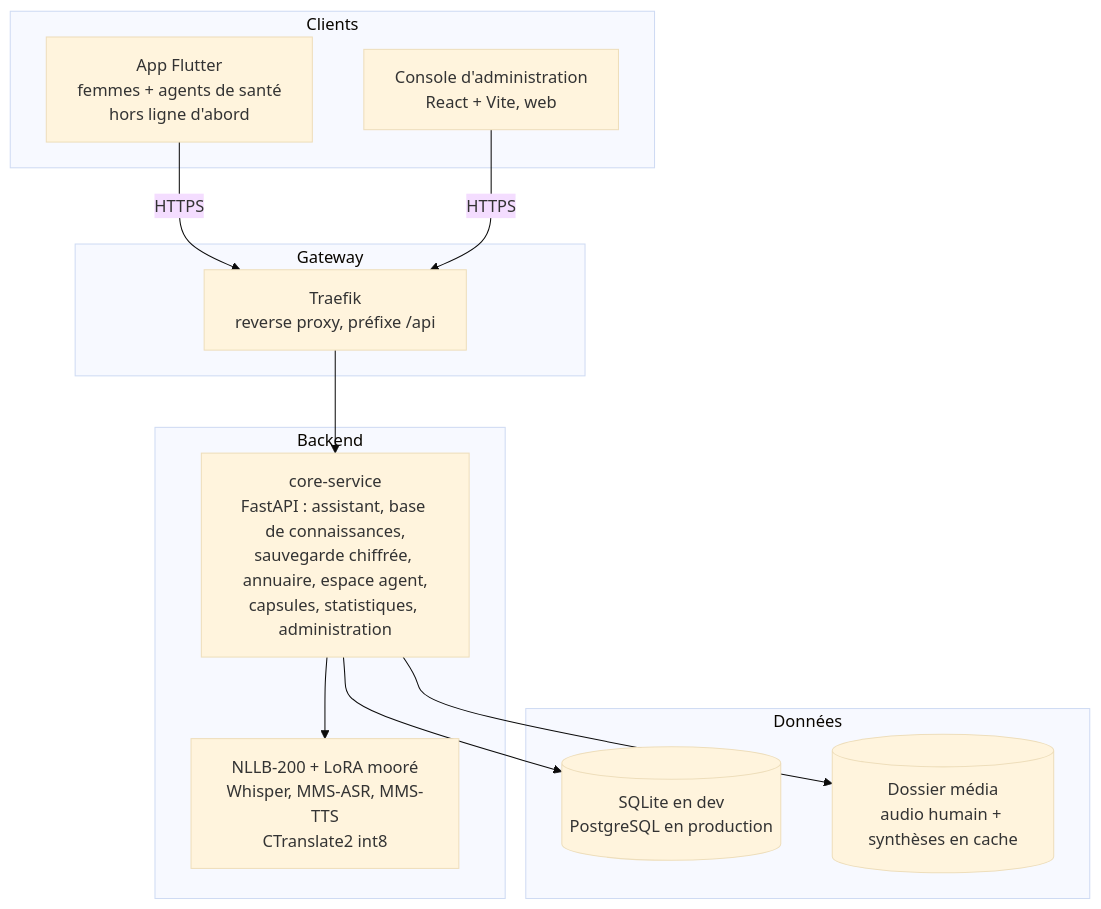
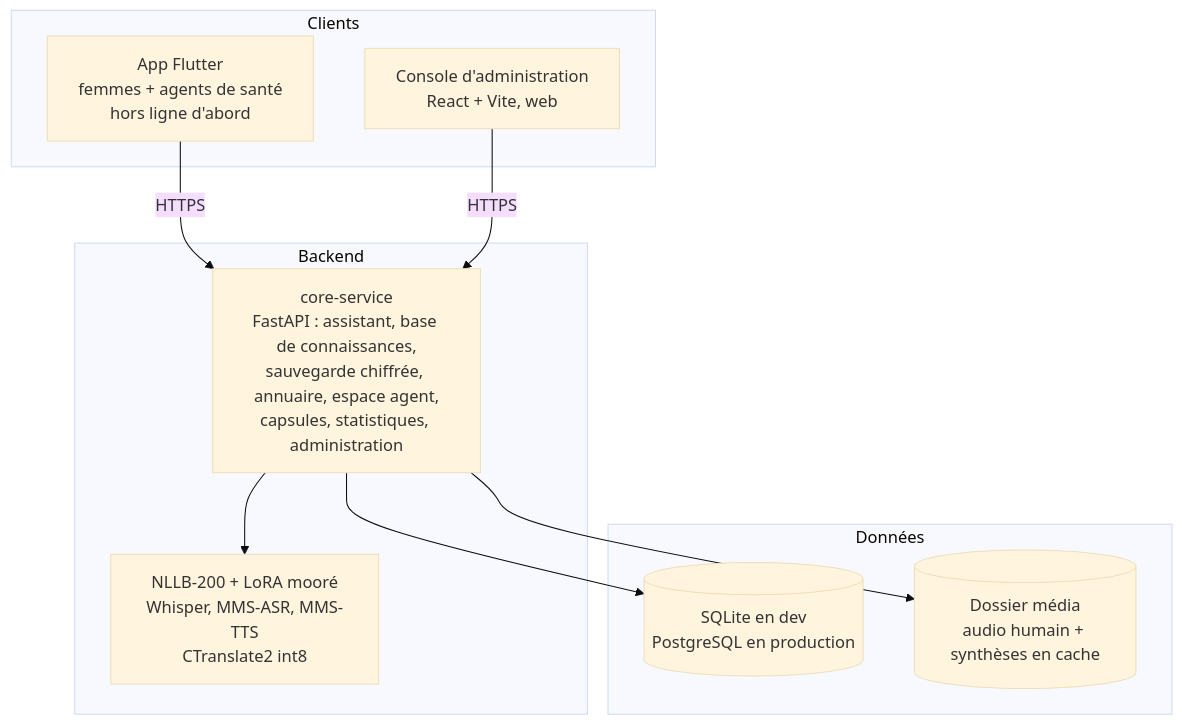
Before and after one commit to zongorene02/laafi-ma: the diagram in docs/architecture.md, drawn with Mermaid (base theme). The commit also changed other lines of this file and 61 other files, not shown here.

````diff
--- a/docs/architecture.md
+++ b/docs/architecture.md
@@ -11,28 +11,23 @@
 ```mermaid
 flowchart TB
     subgraph Clients
         App[App Flutter<br/>femmes + agents de santé<br/>hors ligne d'abord]
         Admin[Console d'administration<br/>React + Vite, web]
-    end
-
-    subgraph Gateway
-        Traefik[Traefik<br/>reverse proxy, préfixe /api]
     end
 
     subgraph Backend
         Core[core-service<br/>FastAPI : assistant, base de connaissances,<br/>sauvegarde chiffrée, annuaire, espace agent,<br/>capsules, statistiques, administration]
         Models[NLLB-200 + LoRA mooré<br/>Whisper, MMS-ASR, MMS-TTS<br/>CTranslate2 int8]
     end
 
     subgraph Données
         DB[(SQLite en dev<br/>PostgreSQL en production)]
         Media[(Dossier média<br/>audio humain + synthèses en cache)]
     end
 
-    App -->|HTTPS| Traefik
-    Admin -->|HTTPS| Traefik
-    Traefik --> Core
+    App -->|HTTPS| Core
+    Admin -->|HTTPS| Core
     Core --> Models
     Core --> DB
     Core --> Media
 ```
````
